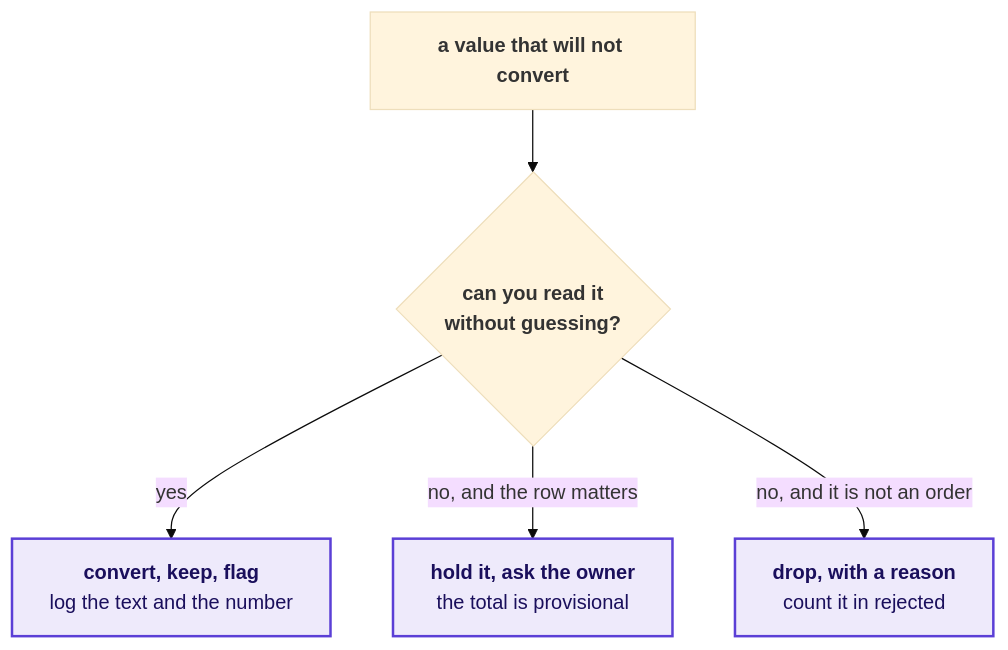
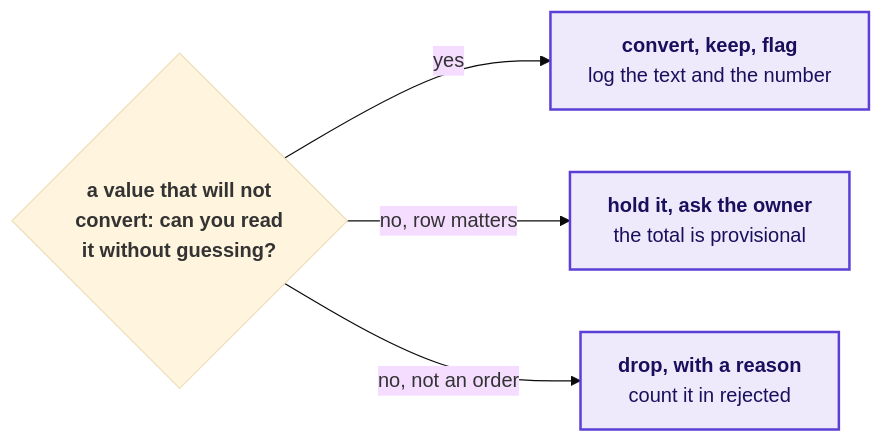
The fifth of 9 diagrams in content/W01/D5/slides/C2_W01_D05_debrief_STUDENT.md (fde-academy-lab/c2-content-factory), drawn with Mermaid (base theme) before and after one commit. The commit also changed other lines of this file and 21 other files, not shown here.

````diff
--- a/content/W01/D5/slides/C2_W01_D05_debrief_STUDENT.md
+++ b/content/W01/D5/slides/C2_W01_D05_debrief_STUDENT.md
@@ -366,9 +366,8 @@
 ```mermaid
-flowchart TB
-    V["<b>a value that will not convert</b>"] --> R{"<b>can you read it<br/>without guessing?</b>"}
-    R -->|"yes"| K["<b>convert, keep, flag</b><br/>log the text and the number"]
-    R -->|"no, and the row matters"| F["<b>hold it, ask the owner</b><br/>the total is provisional"]
-    R -->|"no, and it is not an order"| D["<b>drop, with a reason</b><br/>count it in rejected"]
+flowchart LR
+    R{"<b>a value that will not<br/>convert: can you read<br/>it without guessing?</b>"} -->|"yes"| K["<b>convert, keep, flag</b><br/>log the text and the number"]
+    R -->|"no, row matters"| F["<b>hold it, ask the owner</b><br/>the total is provisional"]
+    R -->|"no, not an order"| D["<b>drop, with a reason</b><br/>count it in rejected"]
     classDef known fill:#EEEAFB,stroke:#5B3FD6,color:#1A0F5C,stroke-width:2px
     class K,F,D known
 ```
````
